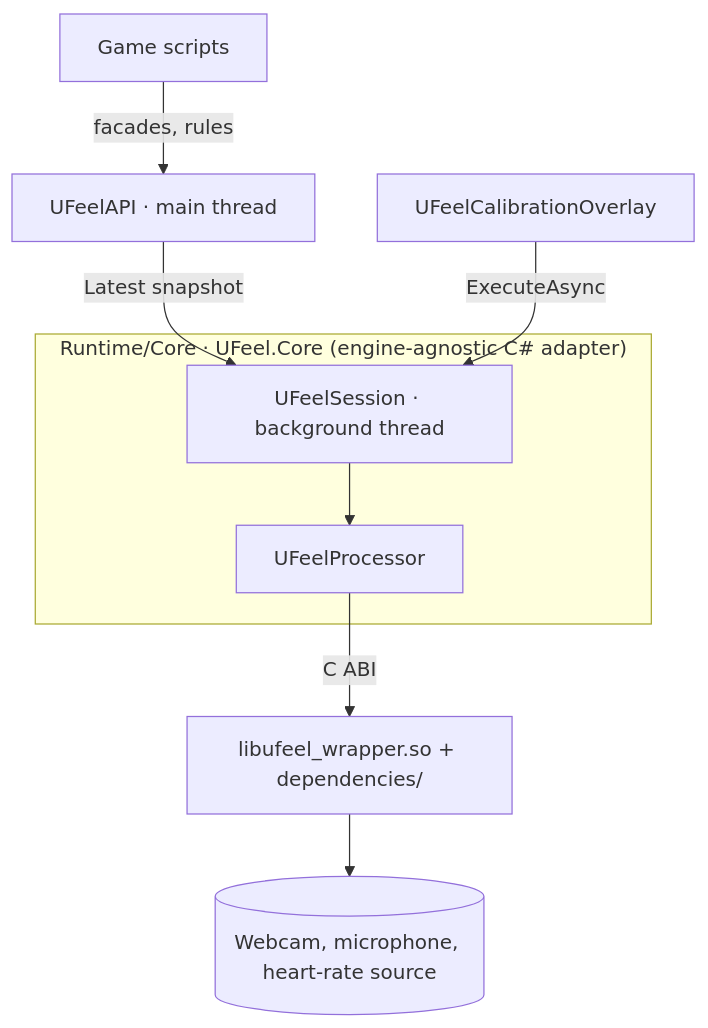
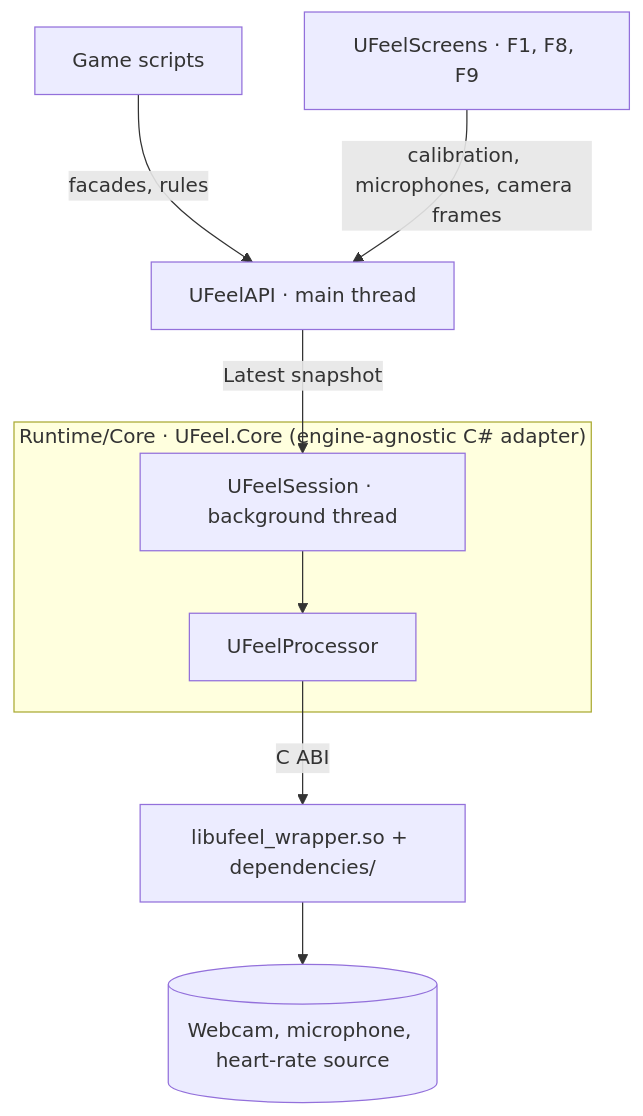
One commit to UFeel-dev/ufeel-unity-game-hub changed the diagram in ARCHITECTURE.md. Above: the diagram before and after it, drawn with Mermaid. The commit also changed other lines of this file and 5 other files, not shown here.

````diff
--- a/ARCHITECTURE.md
+++ b/ARCHITECTURE.md
@@ -7,11 +7,11 @@
 ```mermaid
 graph TD
     Game[Game scripts] -->|facades, rules| API[UFeelAPI · main thread]
     API -->|Latest snapshot| Session
-    Overlay[UFeelCalibrationOverlay] -->|ExecuteAsync| Session
+    Screens[UFeelScreens · F1, F8, F9] -->|calibration, microphones, camera frames| API
     subgraph Core["Runtime/Core · UFeel.Core (engine-agnostic C# adapter)"]
         Session[UFeelSession · background thread] --> Processor[UFeelProcessor]
     end
     Processor -->|C ABI| Native[libufeel_wrapper.so + dependencies/]
     Native --> Devices[(Webcam, microphone, heart-rate source)]
 ```
````
